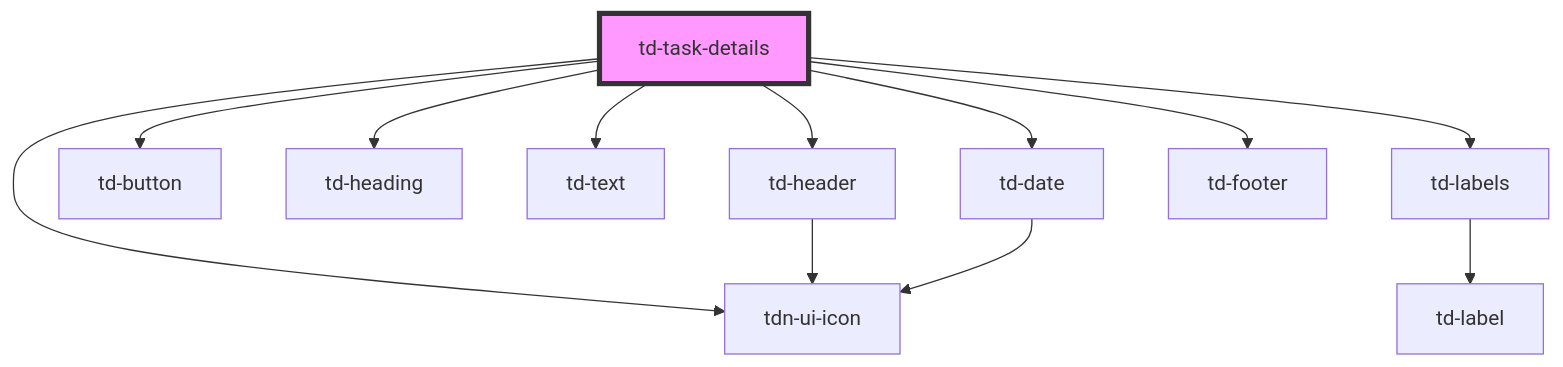
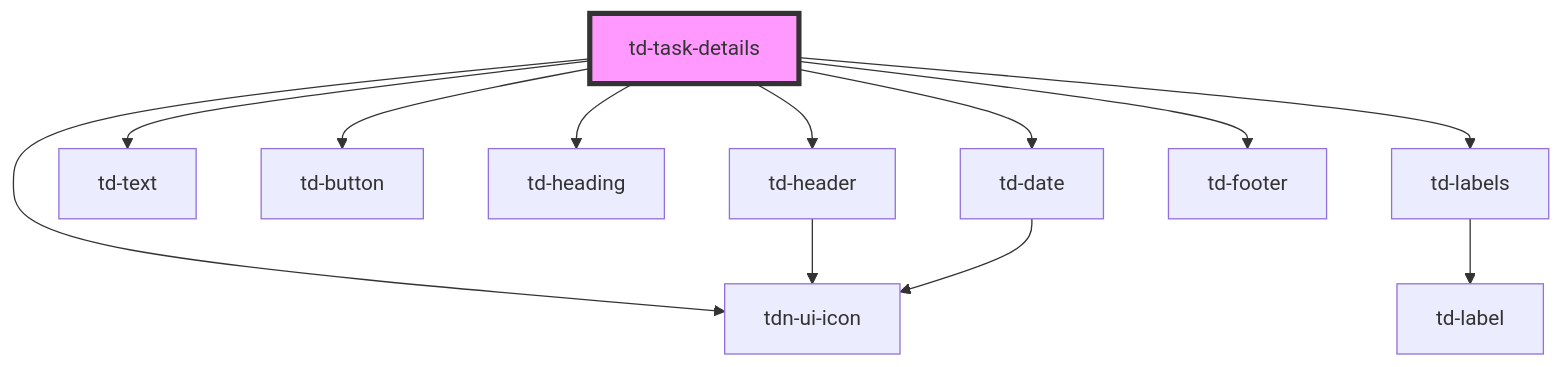
Before and after one commit to ajarana/to-done: the diagram in libs/ui/src/components/td-task-details/readme.md, drawn with Mermaid. The commit also changed other lines of this file and 22 other files, not shown here.

````diff
--- a/libs/ui/src/components/td-task-details/readme.md
+++ b/libs/ui/src/components/td-task-details/readme.md
@@ -38,15 +38,15 @@
 ```mermaid
 graph TD;
   td-task-details --> tdn-ui-icon
   td-task-details --> td-header
+  td-task-details --> td-text
   td-task-details --> td-button
   td-task-details --> td-heading
-  td-task-details --> td-text
   td-task-details --> td-labels
   td-task-details --> td-date
   td-task-details --> td-footer
   td-header --> tdn-ui-icon
   td-labels --> td-label
   td-date --> tdn-ui-icon
   style td-task-details fill:#f9f,stroke:#333,stroke-width:4px
 ```
````
